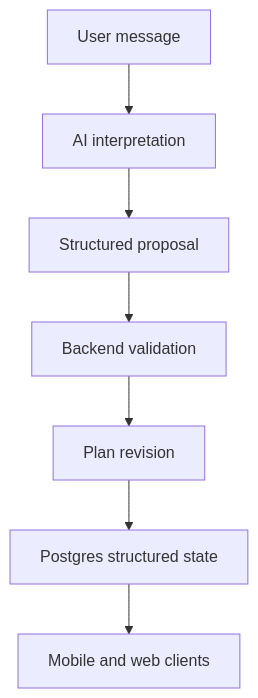
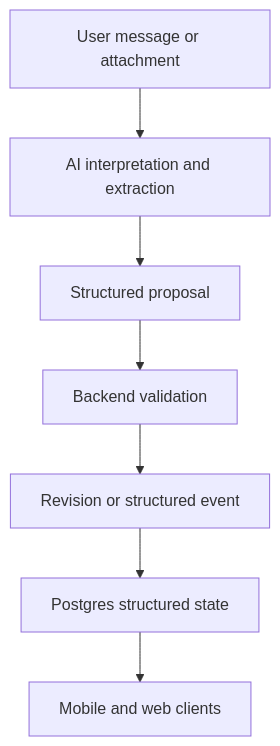
The diagram in docs/architecture/overview.md (IldarRash/HealthTracer), drawn with Mermaid before and after one commit. The commit also changed other lines of this file and 7 other files, not shown here.

````diff
--- a/docs/architecture/overview.md
+++ b/docs/architecture/overview.md
@@ -23,9 +23,9 @@
 ```mermaid
 flowchart TD
-  userMessage["User message"] --> aiLayer["AI interpretation"]
+  userMessage["User message or attachment"] --> aiLayer["AI interpretation and extraction"]
   aiLayer --> proposal["Structured proposal"]
   proposal --> apiValidation["Backend validation"]
-  apiValidation --> revision["Plan revision"]
+  apiValidation --> revision["Revision or structured event"]
   revision --> database["Postgres structured state"]
   database --> clients["Mobile and web clients"]
 ```
````
